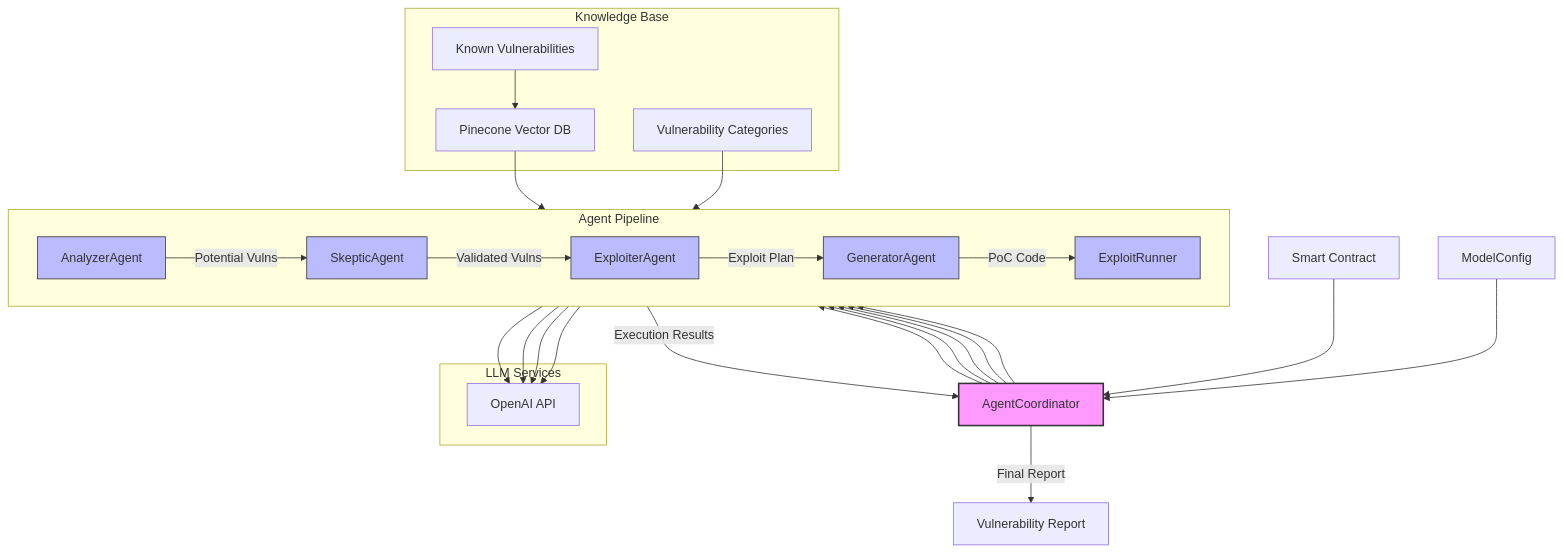
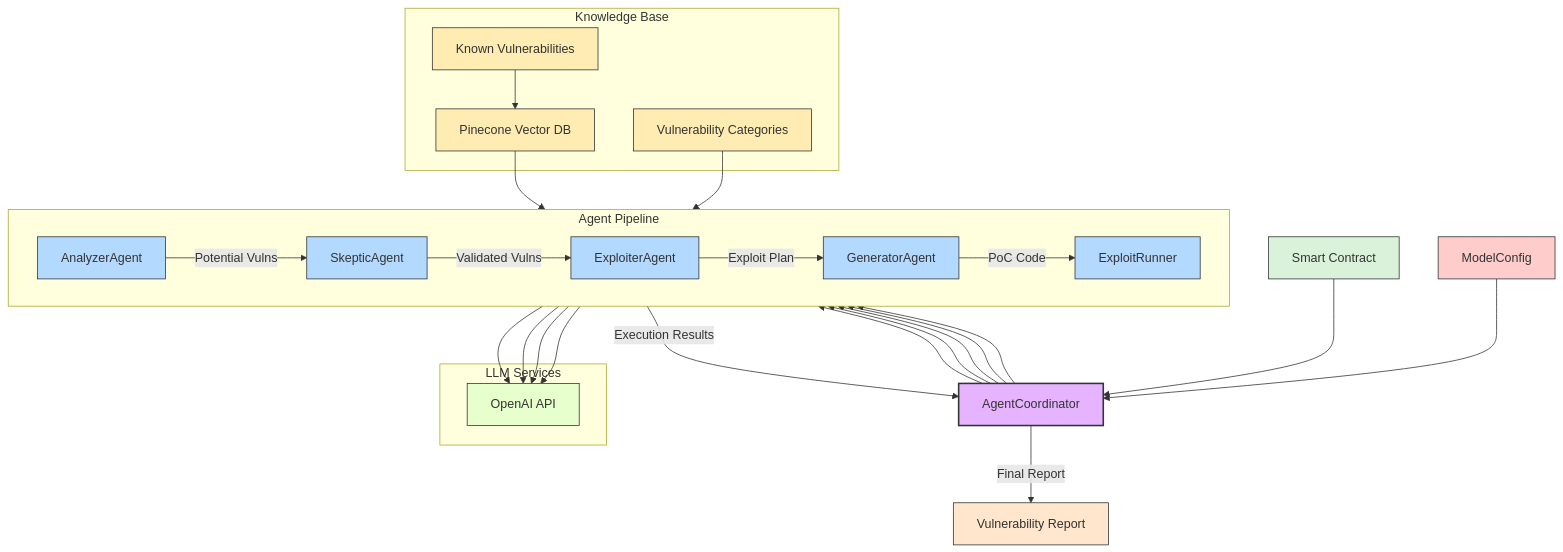
Before and after one commit to videv93/fyp-fr: the diagram in README.md, drawn with Mermaid.

````diff
--- a/README.md
+++ b/README.md
@@ -34,61 +34,69 @@
 ```mermaid
 graph TB
     %% Core Components
     contract["Smart Contract"] --> coord["AgentCoordinator"]
     
     subgraph "Knowledge Base"
         pinecone["Pinecone Vector DB"]
         vulncat["Vulnerability Categories"]
         known_vulns["Known Vulnerabilities"]
     end
 
     subgraph "Agent Pipeline"
         direction LR
         analyzer["AnalyzerAgent"]
         skeptic["SkepticAgent"]
         exploiter["ExploiterAgent"]
         generator["GeneratorAgent"]
         runner["ExploitRunner"]
         
         analyzer --> |"Potential Vulns"| skeptic
         skeptic --> |"Validated Vulns"| exploiter
         exploiter --> |"Exploit Plan"| generator
         generator --> |"PoC Code"| runner
     end
 
     %% RAG System Integration
     pinecone --> analyzer
     vulncat --> analyzer
     known_vulns --> pinecone
 
     %% Coordinator Flow
     coord --> analyzer
     coord --> skeptic
     coord --> exploiter
     coord --> generator
     coord --> runner
 
     %% Model Configuration
     config["ModelConfig"] --> coord
     
     %% External Services
     subgraph "LLM Services"
         openai["OpenAI API"]
     end
     
     analyzer --> openai
     skeptic --> openai
     exploiter --> openai
     generator --> openai
 
     %% Output
     runner --> |"Execution Results"| coord
     coord --> |"Final Report"| output["Vulnerability Report"]
 
-    style coord fill:#f9f,stroke:#333,stroke-width:2px
-    style analyzer fill:#bbf,stroke:#333
-    style skeptic fill:#bbf,stroke:#333
-    style exploiter fill:#bbf,stroke:#333
-    style generator fill:#bbf,stroke:#333
-    style runner fill:#bbf,stroke:#333
+    style coord fill:#e6b3ff,stroke:#333,stroke-width:2px
+    style analyzer fill:#b3d9ff,stroke:#333
+    style skeptic fill:#b3d9ff,stroke:#333
+    style exploiter fill:#b3d9ff,stroke:#333
+    style generator fill:#b3d9ff,stroke:#333
+    style runner fill:#b3d9ff,stroke:#333
+    style contract fill:#d9f2d9,stroke:#333
+    style output fill:#ffe6cc,stroke:#333
+    style config fill:#ffcccc,stroke:#333
+    
+    style pinecone fill:#ffecb3,stroke:#333
+    style vulncat fill:#ffecb3,stroke:#333
+    style known_vulns fill:#ffecb3,stroke:#333
+    style openai fill:#e6ffcc,stroke:#333
 ```
````
